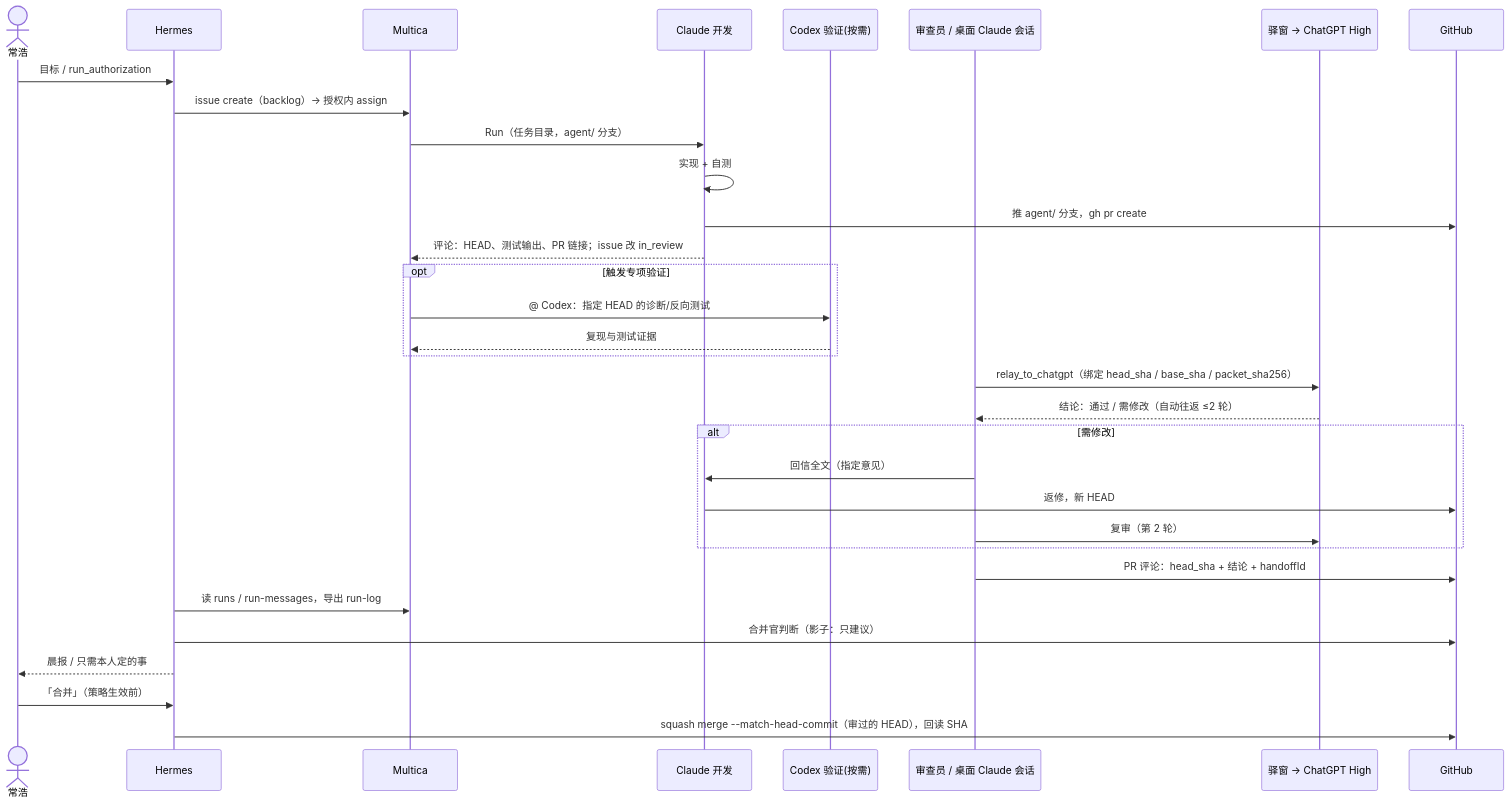
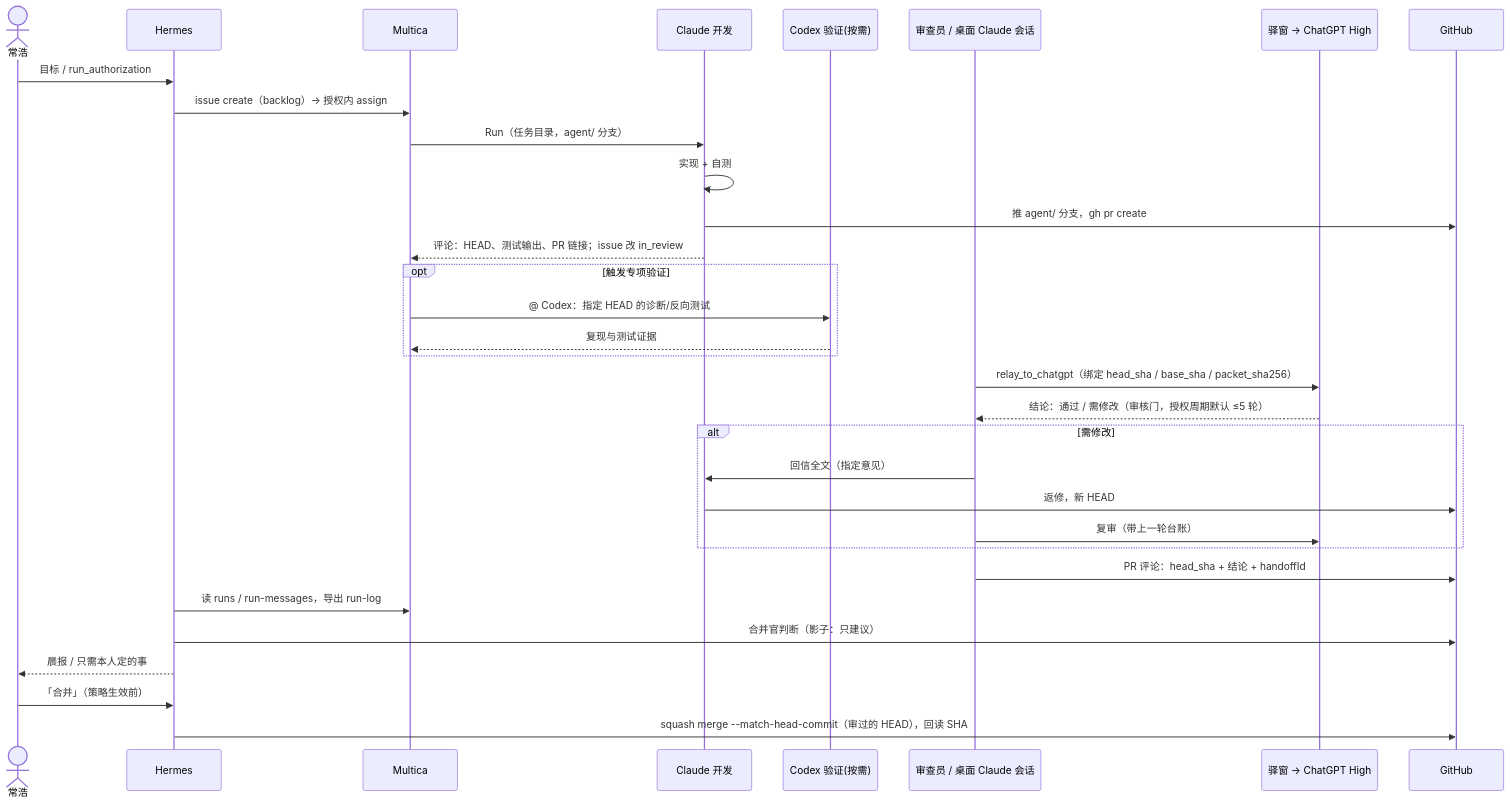
Before and after one commit to Natsukashii1997/digital-twin: the third of 4 diagrams in docs/DT-ORC/ARCHITECTURE.md, drawn with Mermaid. The commit also changed other lines of this file, not shown here.

First line of the commit message:
DT-ORC ARCHITECTURE 对齐 MA-02 v0.3（6.4 等处不再写 ≤2 轮） (#185)

````diff
--- a/docs/DT-ORC/ARCHITECTURE.md
+++ b/docs/DT-ORC/ARCHITECTURE.md
@@ -462,34 +462,34 @@
 ```mermaid
 sequenceDiagram
     actor Owner as 常浩
     participant H as Hermes
     participant M as Multica
     participant C as Claude 开发
     participant X as Codex 验证(按需)
     participant R as 审查员 / 桌面 Claude 会话
     participant P as 驿窗 → ChatGPT High
     participant GH as GitHub
     Owner->>H: 目标 / run_authorization
     H->>M: issue create（backlog）→ 授权内 assign
     M->>C: Run（任务目录，agent/ 分支）
     C->>C: 实现 + 自测
     C->>GH: 推 agent/ 分支，gh pr create
     C-->>M: 评论：HEAD、测试输出、PR 链接；issue 改 in_review
     opt 触发专项验证
       M->>X: @ Codex：指定 HEAD 的诊断/反向测试
       X-->>M: 复现与测试证据
     end
     R->>P: relay_to_chatgpt（绑定 head_sha / base_sha / packet_sha256）
-    P-->>R: 结论：通过 / 需修改（自动往返 ≤2 轮）
+    P-->>R: 结论：通过 / 需修改（审核门，授权周期默认 ≤5 轮）
     alt 需修改
       R->>C: 回信全文（指定意见）
       C->>GH: 返修，新 HEAD
-      R->>P: 复审（第 2 轮）
+      R->>P: 复审（带上一轮台账）
     end
     R->>GH: PR 评论：head_sha + 结论 + handoffId
     H->>M: 读 runs / run-messages，导出 run-log
     H->>GH: 合并官判断（影子：只建议）
     H-->>Owner: 晨报 / 只需本人定的事
     Owner->>H: 「合并」（策略生效前）
     H->>GH: squash merge --match-head-commit（审过的 HEAD），回读 SHA
 ```
````
